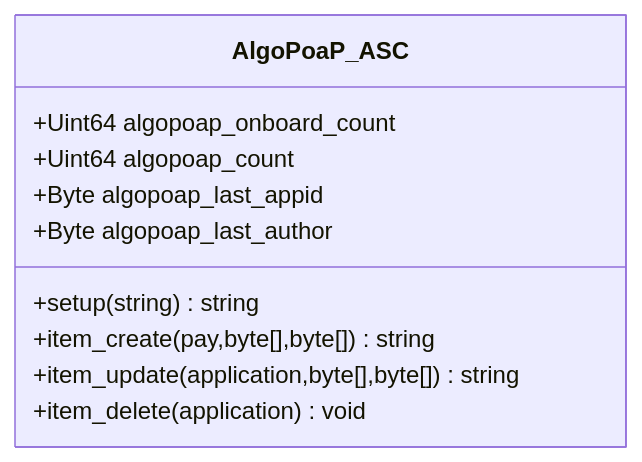
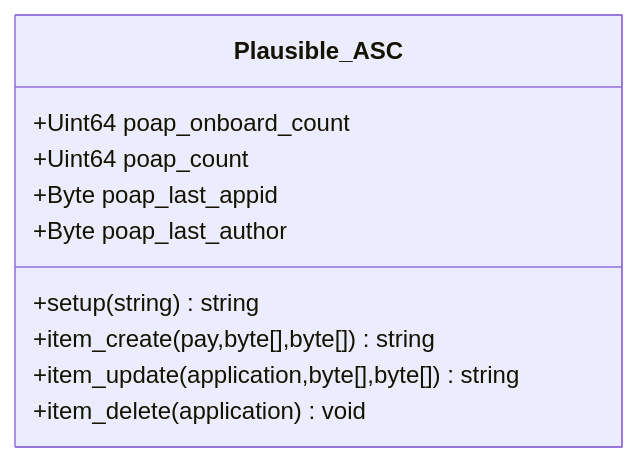
One commit to GoPlausible/.github changed the seventh of 8 diagrams in profile/README.md. Above: the diagram before and after it, drawn with Mermaid. The commit also changed other lines of this file, not shown here.

````diff
--- a/profile/README.md
+++ b/profile/README.md
@@ -324,14 +324,14 @@
 ```mermaid
   classDiagram
-    class AlgoPoaP_ASC
-    AlgoPoaP_ASC : +Uint64 algopoap_onboard_count
-    AlgoPoaP_ASC : +Uint64 algopoap_count
-    AlgoPoaP_ASC : +Byte algopoap_last_appid
-    AlgoPoaP_ASC : +Byte algopoap_last_author
-    AlgoPoaP_ASC : +setup(string)string
-    AlgoPoaP_ASC : +item_create(pay,byte[],byte[])string
-    AlgoPoaP_ASC : +item_update(application,byte[],byte[])string
-    AlgoPoaP_ASC : +item_delete(application)void
+    class Plausible_ASC
+    Plausible_ASC : +Uint64 poap_onboard_count
+    Plausible_ASC : +Uint64 poap_count
+    Plausible_ASC : +Byte poap_last_appid
+    Plausible_ASC : +Byte poap_last_author
+    Plausible_ASC : +setup(string)string
+    Plausible_ASC : +item_create(pay,byte[],byte[])string
+    Plausible_ASC : +item_update(application,byte[],byte[])string
+    Plausible_ASC : +item_delete(application)void
 
     
 ```
````
